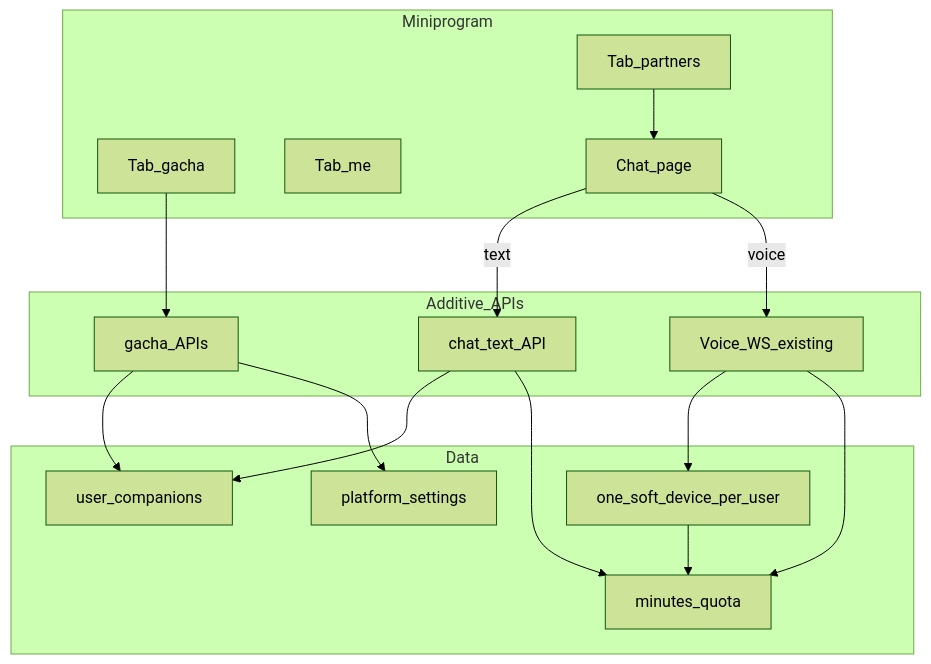
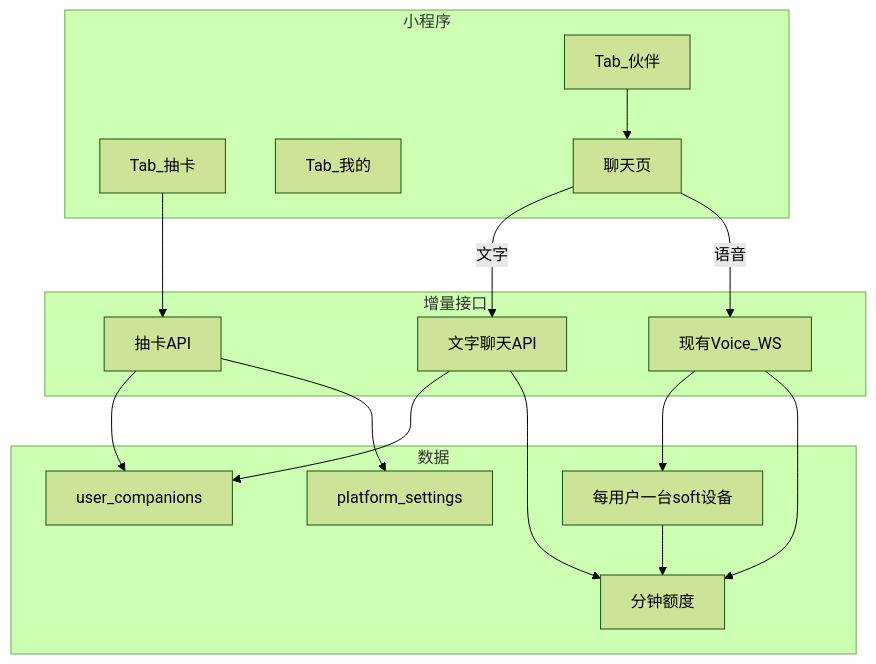
One commit to pureheartrobotics/shuxin changed the diagram in docs/2026-07-22-investor-miniprogram-gacha-chat-design.md. Above: the diagram before and after it, drawn with Mermaid (forest theme). The commit also changed other lines of this file, not shown here.

````diff
--- a/docs/2026-07-22-investor-miniprogram-gacha-chat-design.md
+++ b/docs/2026-07-22-investor-miniprogram-gacha-chat-design.md
@@ -76,31 +76,31 @@
 ```mermaid
 flowchart TB
-  subgraph mp [Miniprogram]
-    Partners[Tab_partners]
-    Gacha[Tab_gacha]
-    Me[Tab_me]
-    Chat[Chat_page]
+  subgraph mp [小程序]
+    Partners[Tab_伙伴]
+    Gacha[Tab_抽卡]
+    Me[Tab_我的]
+    Chat[聊天页]
   end
-  subgraph api [Additive_APIs]
-    GachaAPI[gacha_APIs]
-    TextAPI[chat_text_API]
-    VoiceWS[Voice_WS_existing]
+  subgraph api [增量接口]
+    GachaAPI[抽卡API]
+    TextAPI[文字聊天API]
+    VoiceWS[现有Voice_WS]
   end
-  subgraph data [Data]
+  subgraph data [数据]
     Companions[user_companions]
-    SoftDev[one_soft_device_per_user]
+    SoftDev[每用户一台soft设备]
     Settings[platform_settings]
-    Quota[minutes_quota]
+    Quota[分钟额度]
   end
   Partners --> Chat
   Gacha --> GachaAPI
-  Chat -->|text| TextAPI
-  Chat -->|voice| VoiceWS
+  Chat -->|文字| TextAPI
+  Chat -->|语音| VoiceWS
   GachaAPI --> Companions
   GachaAPI --> Settings
   TextAPI --> Companions
   TextAPI --> Quota
   VoiceWS --> SoftDev
   VoiceWS --> Quota
   SoftDev --> Quota
 ```
````
